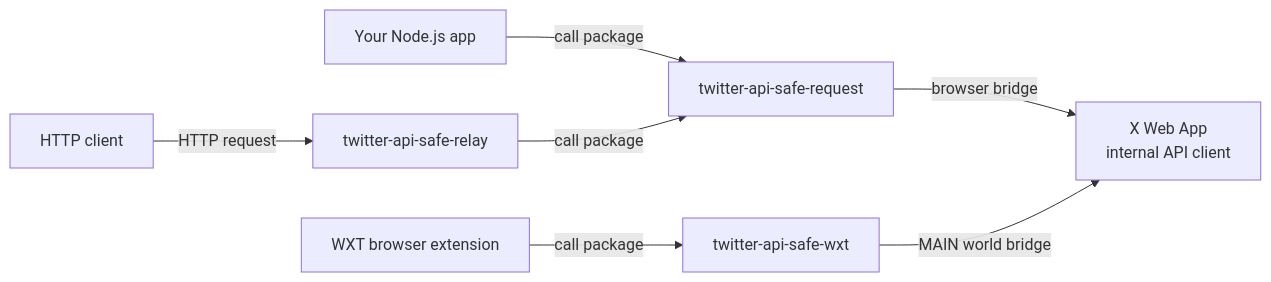
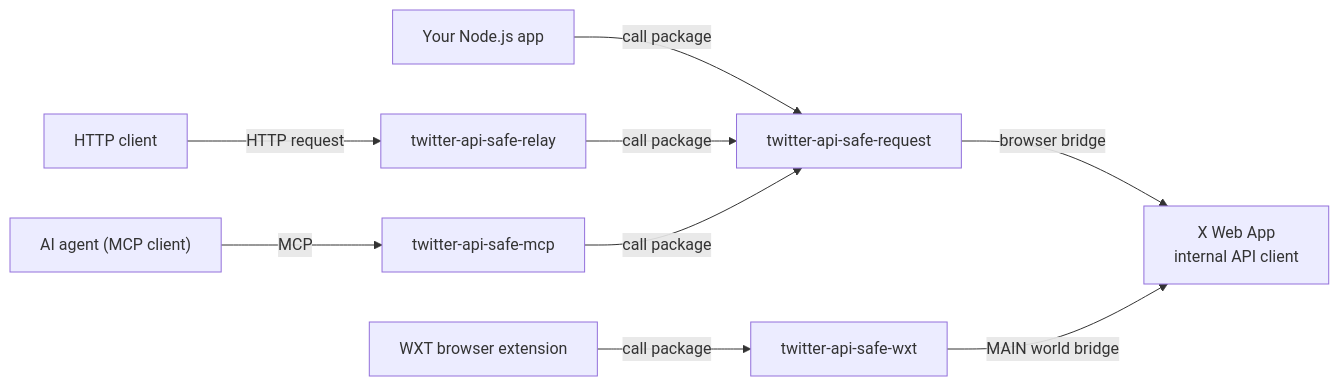
The diagram in README.md (fa0311/twitter_api_safe_relay), drawn with Mermaid before and after one commit. The commit also changed other lines of this file and 10 other files, not shown here.

````diff
--- a/README.md
+++ b/README.md
@@ -14,17 +15,21 @@
 ```mermaid
 flowchart LR
 	app["Your Node.js app"]
 	extension["WXT browser extension"]
 	curl["HTTP client"]
+	agent["AI agent (MCP client)"]
 	server["twitter-api-safe-relay"]
+	mcp["twitter-api-safe-mcp"]
 	package["twitter-api-safe-request"]
 	wxt["twitter-api-safe-wxt"]
 	xclient["X Web App<br/>internal API client"]
 
 	app -->|"call package"|package
 	extension -->|"call package"|wxt
 	curl -->|"HTTP request"|server
+	agent -->|"MCP"|mcp
 	server -->|"call package"|package
+	mcp -->|"call package"|package
 	package -->|"browser bridge"|xclient
 	wxt -->|"MAIN world bridge"|xclient
 ```
````
